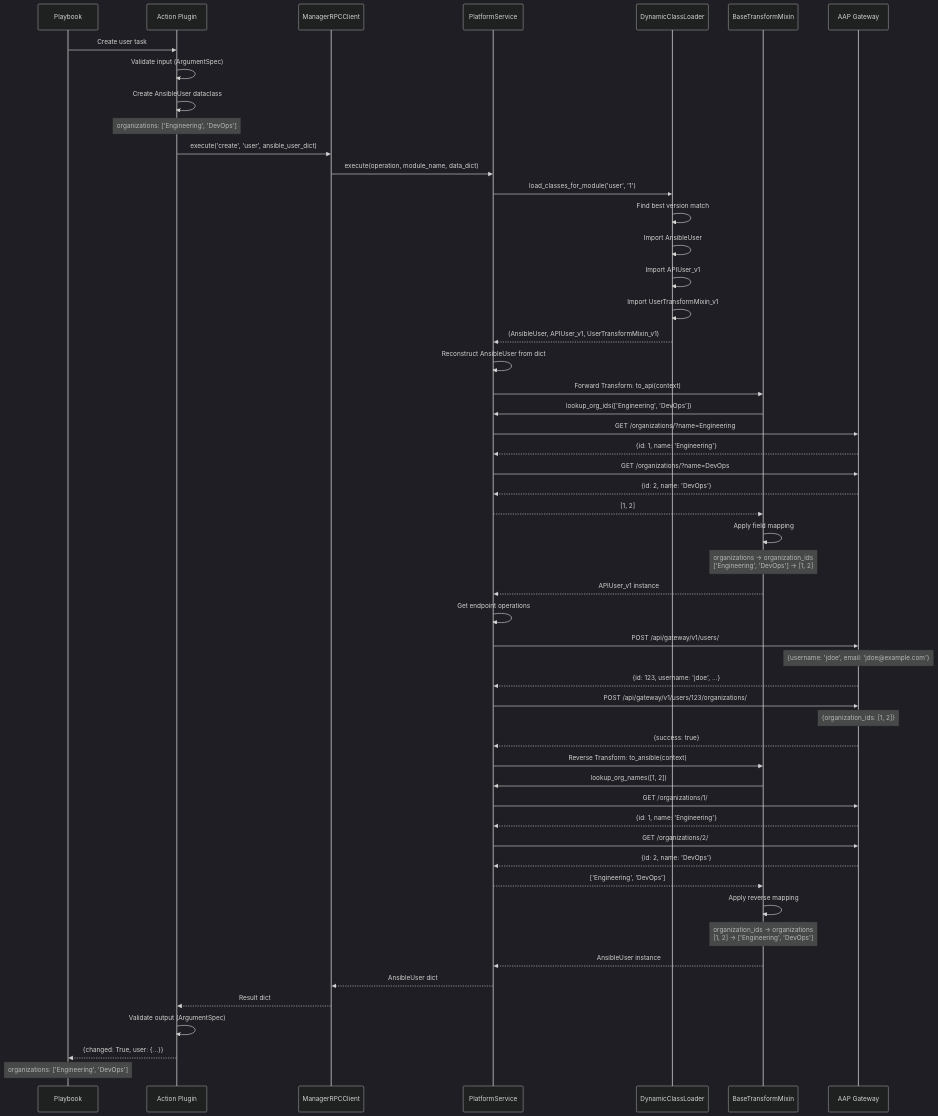
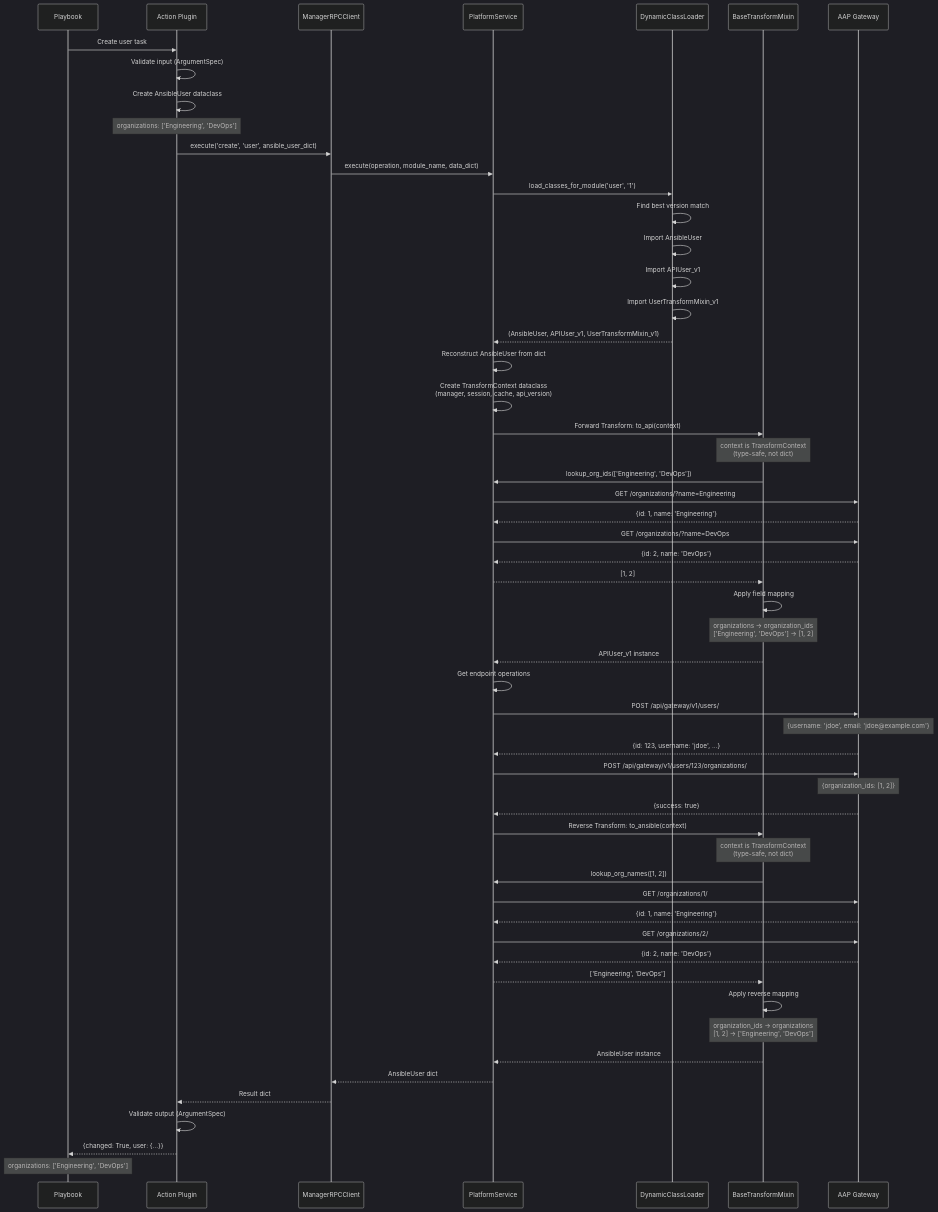
The seventh of 12 diagrams in docs/ARCHITECTURE_DIAGRAMS.md (ansible/ansible.platform), drawn with Mermaid (dark theme) before and after one commit. The commit also changed other lines of this file and 19 other files, not shown here.

````diff
--- a/docs/ARCHITECTURE_DIAGRAMS.md
+++ b/docs/ARCHITECTURE_DIAGRAMS.md
@@ -277,64 +284,67 @@
 ```mermaid
 sequenceDiagram
     participant PB as Playbook
     participant AP as Action Plugin
     participant MRC as ManagerRPCClient
     participant PS as PlatformService
     participant DL as DynamicClassLoader
     participant BT as BaseTransformMixin
     participant API as AAP Gateway
 
     PB->>AP: Create user task
     AP->>AP: Validate input (ArgumentSpec)
     AP->>AP: Create AnsibleUser dataclass
     Note over AP: organizations: ['Engineering', 'DevOps']
     
     AP->>MRC: execute('create', 'user', ansible_user_dict)
     MRC->>PS: execute(operation, module_name, data_dict)
     
     PS->>DL: load_classes_for_module('user', '1')
     DL->>DL: Find best version match
     DL->>DL: Import AnsibleUser
     DL->>DL: Import APIUser_v1
     DL->>DL: Import UserTransformMixin_v1
     DL-->>PS: (AnsibleUser, APIUser_v1, UserTransformMixin_v1)
     
     PS->>PS: Reconstruct AnsibleUser from dict
     
+    PS->>PS: Create TransformContext dataclass<br/>(manager, session, cache, api_version)
     PS->>BT: Forward Transform: to_api(context)
+    Note over BT: context is TransformContext<br/>(type-safe, not dict)
     BT->>PS: lookup_org_ids(['Engineering', 'DevOps'])
     PS->>API: GET /organizations/?name=Engineering
     API-->>PS: {id: 1, name: 'Engineering'}
     PS->>API: GET /organizations/?name=DevOps
     API-->>PS: {id: 2, name: 'DevOps'}
     PS-->>BT: [1, 2]
     BT->>BT: Apply field mapping
     Note over BT: organizations → organization_ids<br/>['Engineering', 'DevOps'] → [1, 2]
     BT-->>PS: APIUser_v1 instance
     
     PS->>PS: Get endpoint operations
     PS->>API: POST /api/gateway/v1/users/
     Note over API: {username: 'jdoe', email: 'jdoe@example.com'}
     API-->>PS: {id: 123, username: 'jdoe', ...}
     
     PS->>API: POST /api/gateway/v1/users/123/organizations/
     Note over API: {organization_ids: [1, 2]}
     API-->>PS: {success: true}
     
     PS->>BT: Reverse Transform: to_ansible(context)
+    Note over BT: context is TransformContext<br/>(type-safe, not dict)
     BT->>PS: lookup_org_names([1, 2])
     PS->>API: GET /organizations/1/
     API-->>PS: {id: 1, name: 'Engineering'}
     PS->>API: GET /organizations/2/
     API-->>PS: {id: 2, name: 'DevOps'}
     PS-->>BT: ['Engineering', 'DevOps']
     BT->>BT: Apply reverse mapping
     Note over BT: organization_ids → organizations<br/>[1, 2] → ['Engineering', 'DevOps']
     BT-->>PS: AnsibleUser instance
     
     PS-->>MRC: AnsibleUser dict
     MRC-->>AP: Result dict
     AP->>AP: Validate output (ArgumentSpec)
     AP-->>PB: {changed: True, user: {...}}
     Note over PB: organizations: ['Engineering', 'DevOps']
 ```
````
